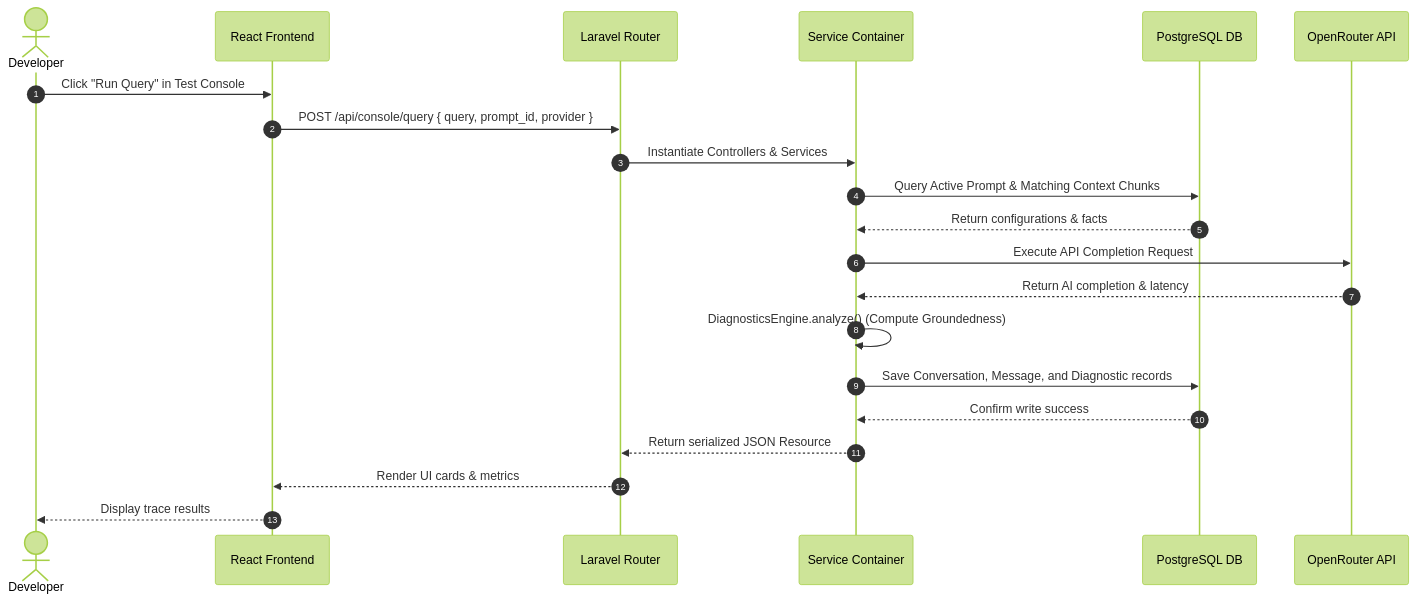
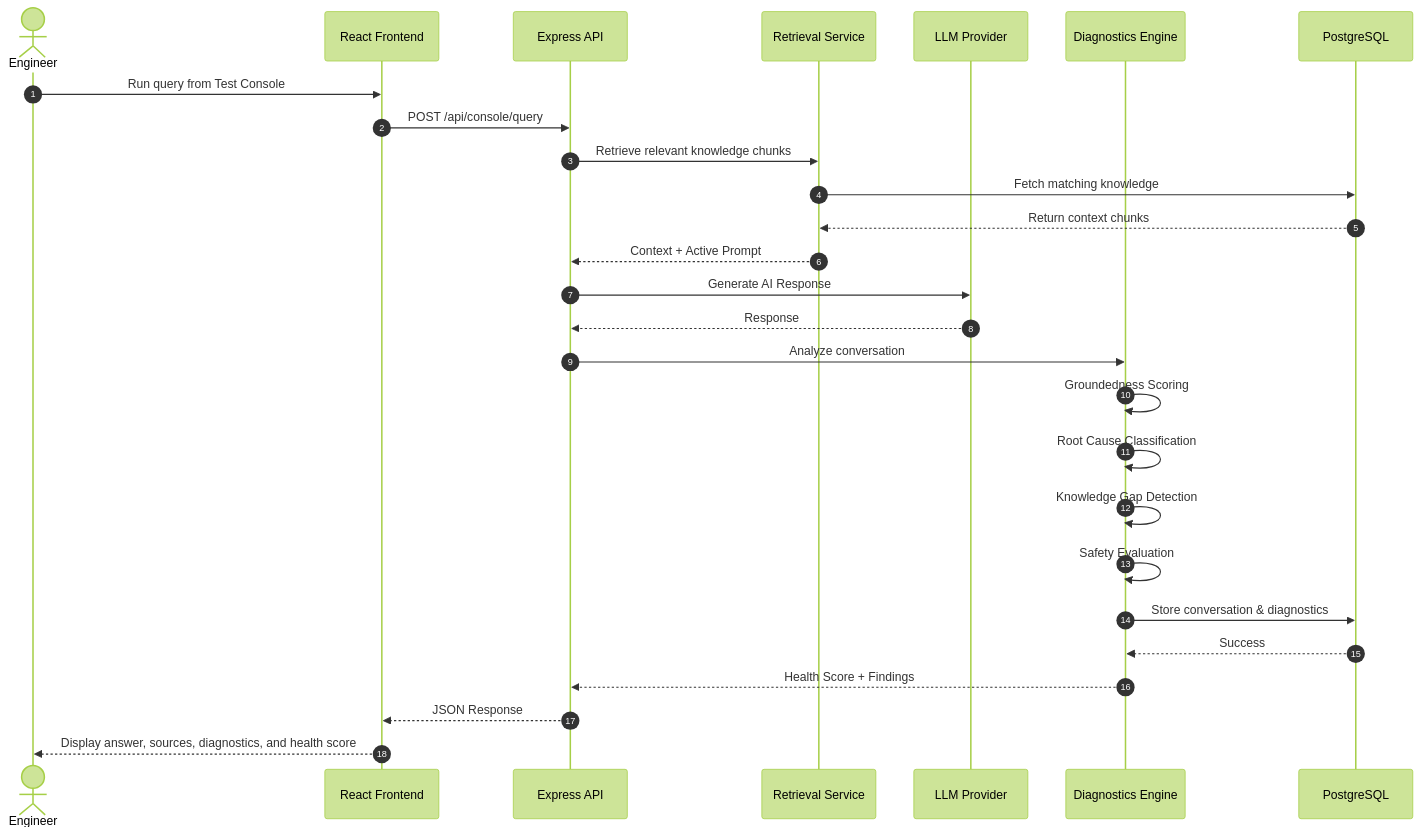
One commit to yasar-pathan/Lumen changed the fifth of 5 diagrams in ARCHITECTURE.md. Above: the diagram before and after it, drawn with Mermaid (forest theme). The commit also changed other lines of this file and 13 other files, not shown here.

Commit message:
feat: database design documentation, docker configuration, github actions deploy pipeline, and fix knowledge gap resolution

````diff
--- a/ARCHITECTURE.md
+++ b/ARCHITECTURE.md
@@ -185,24 +188,44 @@
 ```mermaid
 sequenceDiagram
     autonumber
-    actor Developer
-    participant SPA as React Frontend
-    participant Route as Laravel Router
-    participant Svc as Service Container
-    participant DB as PostgreSQL DB
-    participant API as OpenRouter API
 
-    Developer->>SPA: Click "Run Query" in Test Console
-    SPA->>Route: POST /api/console/query { query, prompt_id, provider }
-    Route->>Svc: Instantiate Controllers & Services
-    Svc->>DB: Query Active Prompt & Matching Context Chunks
-    DB-->>Svc: Return configurations & facts
-    Svc->>API: Execute API Completion Request
-    API-->>Svc: Return AI completion & latency
-    Svc->>Svc: DiagnosticsEngine.analyze() (Compute Groundedness)
-    Svc->>DB: Save Conversation, Message, and Diagnostic records
-    DB-->>Svc: Confirm write success
-    Svc-->>Route: Return serialized JSON Resource
-    Route-->>SPA: Render UI cards & metrics
-    SPA-->>Developer: Display trace results
+    actor Engineer
+
+    participant UI as React Frontend
+    participant API as Express API
+    participant RET as Retrieval Service
+    participant LLM as LLM Provider
+    participant DIAG as Diagnostics Engine
+    participant DB as PostgreSQL
+
+    Engineer->>UI: Run query from Test Console
+
+    UI->>API: POST /api/console/query
+
+    API->>RET: Retrieve relevant knowledge chunks
+
+    RET->>DB: Fetch matching knowledge
+    DB-->>RET: Return context chunks
+
+    RET-->>API: Context + Active Prompt
+
+    API->>LLM: Generate AI Response
+
+    LLM-->>API: Response
+
+    API->>DIAG: Analyze conversation
+
+    DIAG->>DIAG: Groundedness Scoring
+    DIAG->>DIAG: Root Cause Classification
+    DIAG->>DIAG: Knowledge Gap Detection
+    DIAG->>DIAG: Safety Evaluation
+
+    DIAG->>DB: Store conversation & diagnostics
+    DB-->>DIAG: Success
+
+    DIAG-->>API: Health Score + Findings
+
+    API-->>UI: JSON Response
+
+    UI-->>Engineer: Display answer, sources, diagnostics, and health score
 ```
````
